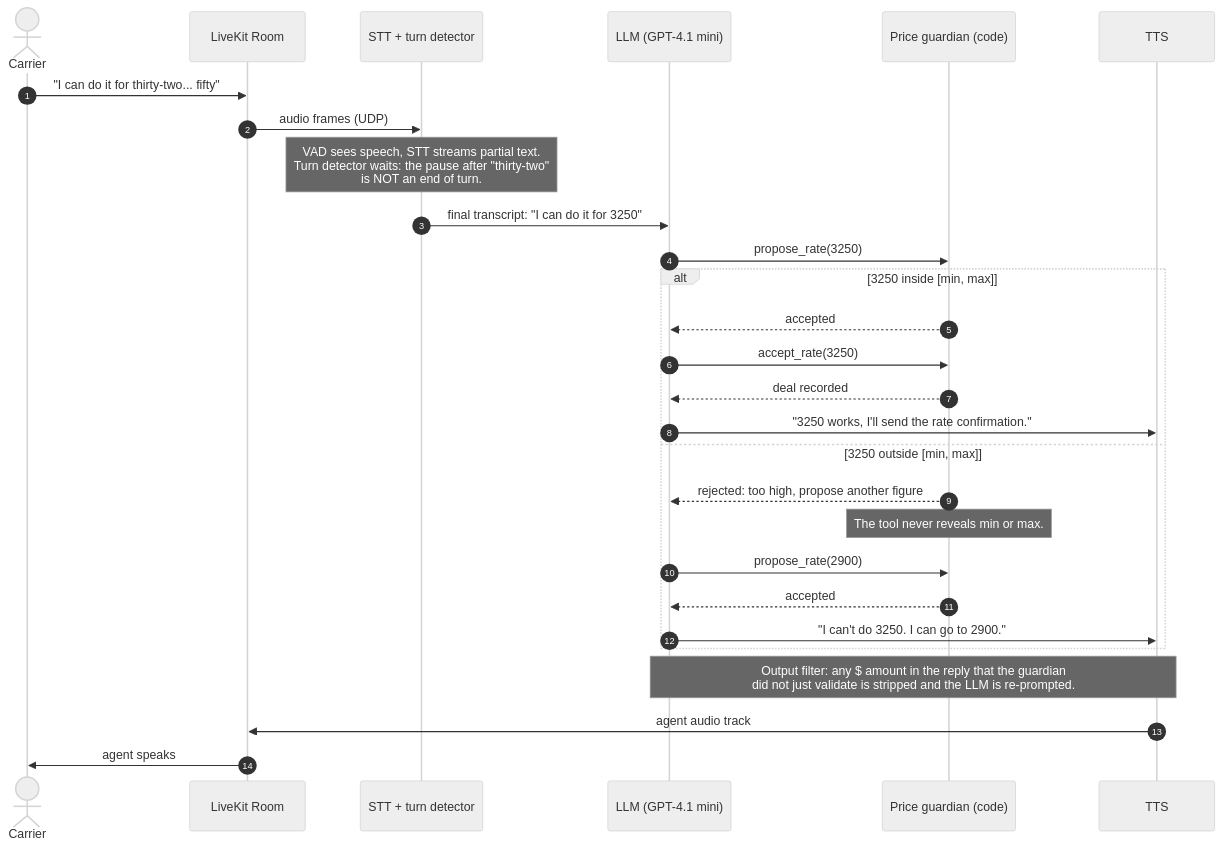
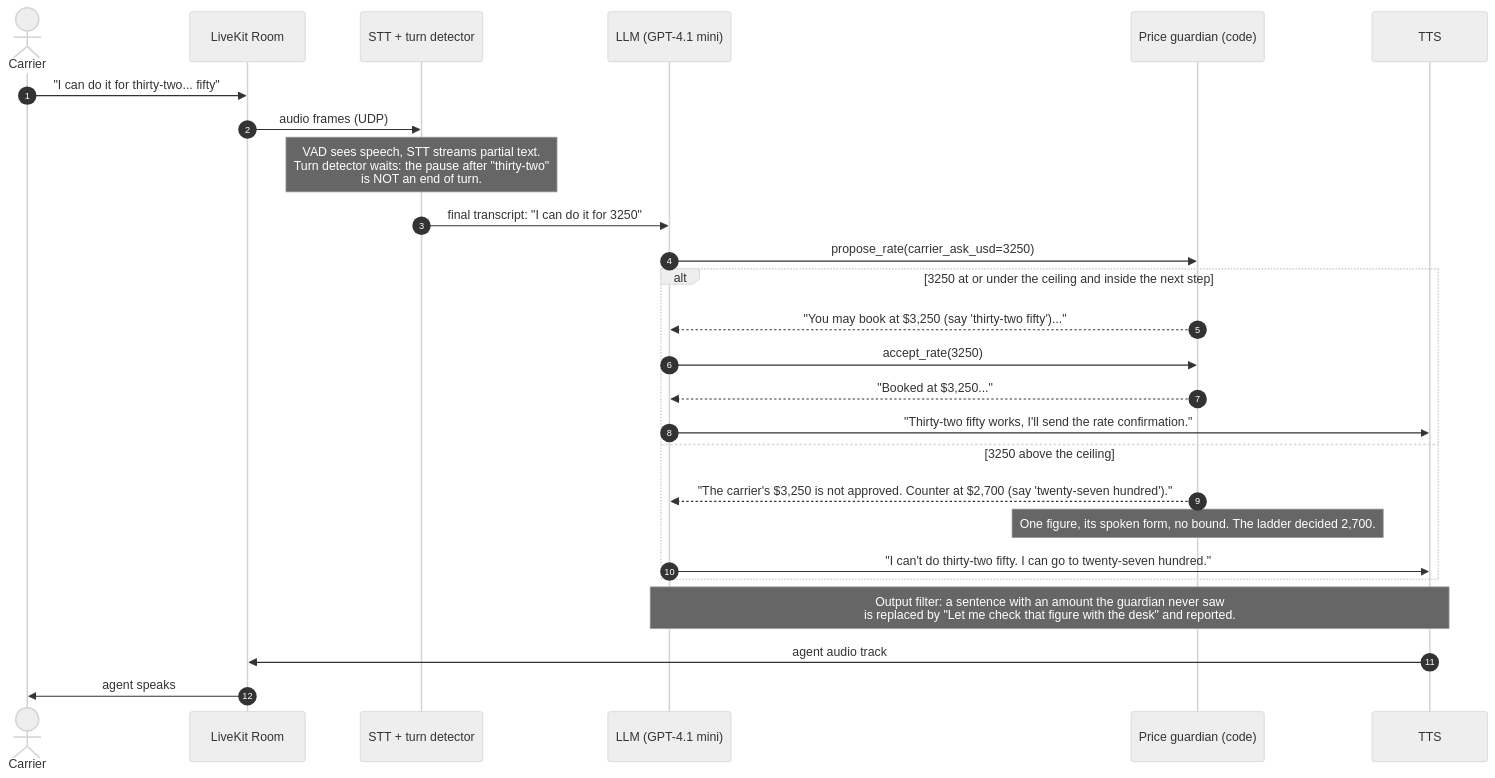
One commit to JSebastianIEU/voice-freight-negotiator changed the second of 4 diagrams in docs/architecture.md. Above: the diagram before and after it, drawn with Mermaid (neutral theme). The commit also changed other lines of this file and 4 other files, not shown here.

First line of the commit message:
docs: milestone 3 price guardian in ADR-004, architecture, README and roadmap

````diff
--- a/docs/architecture.md
+++ b/docs/architecture.md
@@ -149,31 +149,29 @@
 ```mermaid
 sequenceDiagram
     autonumber
     actor C as Carrier
     participant R as LiveKit Room
     participant S as STT + turn detector
     participant L as LLM (GPT-4.1 mini)
     participant G as Price guardian (code)
     participant T as TTS
 
     C->>R: "I can do it for thirty-two... fifty"
     R->>S: audio frames (UDP)
     Note over S: VAD sees speech, STT streams partial text.<br/>Turn detector waits: the pause after "thirty-two"<br/>is NOT an end of turn.
     S->>L: final transcript: "I can do it for 3250"
-    L->>G: propose_rate(3250)
-    alt 3250 inside [min, max]
-        G-->>L: accepted
+    L->>G: propose_rate(carrier_ask_usd=3250)
+    alt 3250 at or under the ceiling and inside the next step
+        G-->>L: "You may book at $3,250 (say 'thirty-two fifty')..."
         L->>G: accept_rate(3250)
-        G-->>L: deal recorded
-        L->>T: "3250 works, I'll send the rate confirmation."
-    else 3250 outside [min, max]
-        G-->>L: rejected: too high, propose another figure
-        Note over G: The tool never reveals min or max.
-        L->>G: propose_rate(2900)
-        G-->>L: accepted
-        L->>T: "I can't do 3250. I can go to 2900."
+        G-->>L: "Booked at $3,250..."
+        L->>T: "Thirty-two fifty works, I'll send the rate confirmation."
+    else 3250 above the ceiling
+        G-->>L: "The carrier's $3,250 is not approved. Counter at $2,700 (say 'twenty-seven hundred')."
+        Note over G: One figure, its spoken form, no bound. The ladder decided 2,700.
+        L->>T: "I can't do thirty-two fifty. I can go to twenty-seven hundred."
     end
-    Note over L,T: Output filter: any $ amount in the reply that the guardian<br/>did not just validate is stripped and the LLM is re-prompted.
+    Note over L,T: Output filter: a sentence with an amount the guardian never saw<br/>is replaced by "Let me check that figure with the desk" and reported.
     T->>R: agent audio track
     R->>C: agent speaks
 ```
````
